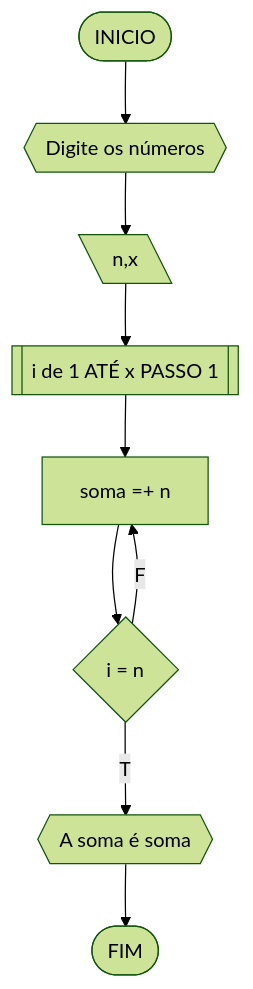
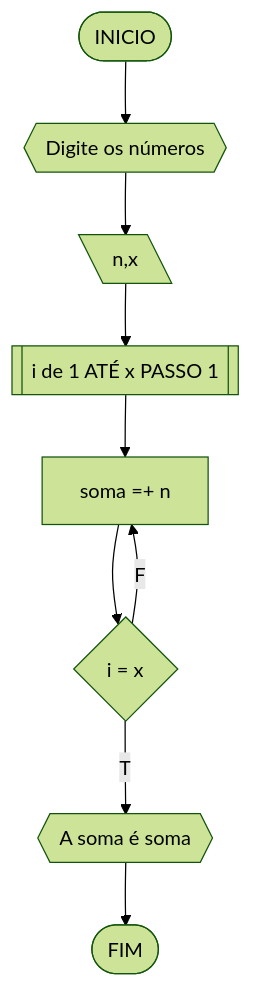
Before and after one commit to MozillaFirefox/UNIFOR: diagram 14 of 22 in codigos.md, drawn with Mermaid (forest theme).

````diff
--- a/codigos.md
+++ b/codigos.md
@@ -660,16 +660,16 @@
 ```mermaid
 flowchart TD
 A([INICIO]) --> B{{Digite os números}}
 B-->C[\n,x\]
 C-->D[[ i de 1 ATÉ x PASSO 1]]  
 D-->E[soma =+ n]
-E-->H{i = n}
+E-->H{i = x}
 H--T-->F{{A soma é soma}}
 H--F-->E
 F-->G([FIM])
 
 
 
 
 
 ```
````
